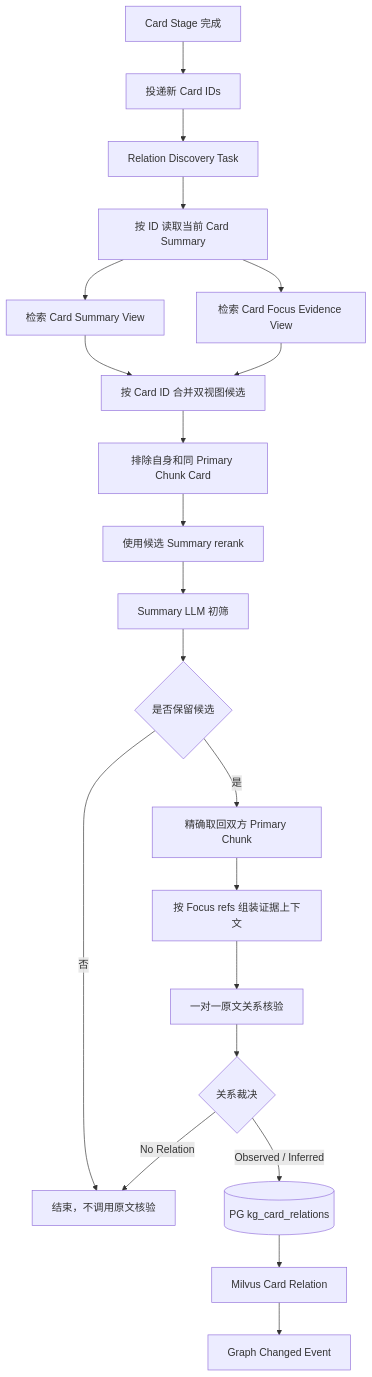
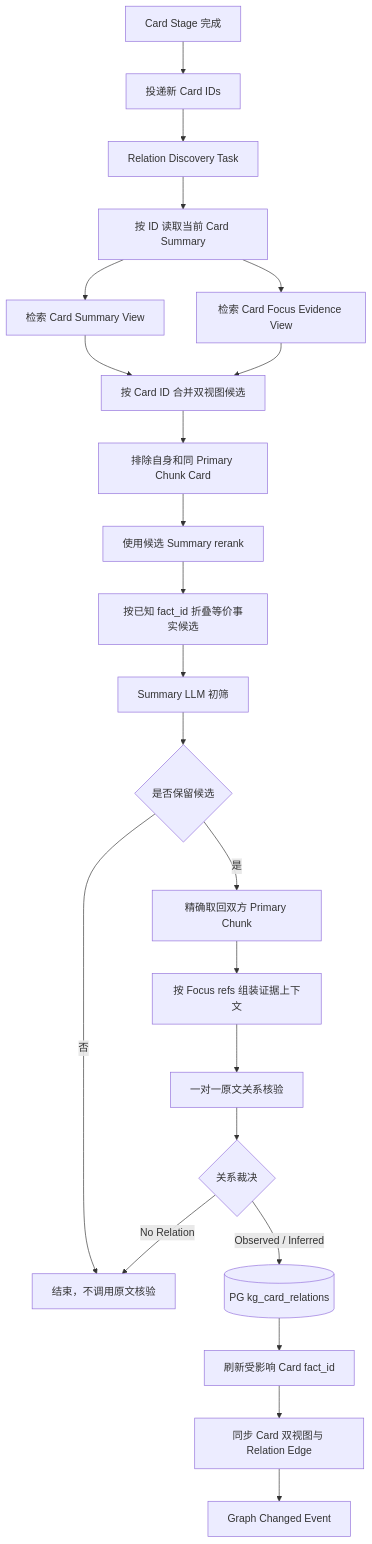
The diagram in .claude/skills/smart-fund-server/docs/3. 实施方案/4. 知识图谱/22. 跨Chunk Card召回与原文关系核验实施方案.md (qiyuebuku/frida-test), drawn with Mermaid before and after one commit. The commit also changed other lines of this file and 171 other files, not shown here.

````diff
--- a/.claude/skills/smart-fund-server/docs/3. 实施方案/4. 知识图谱/22. 跨Chunk Card召回与原文关系核验实施方案.md
+++ b/.claude/skills/smart-fund-server/docs/3. 实施方案/4. 知识图谱/22. 跨Chunk Card召回与原文关系核验实施方案.md
@@ -58,23 +60,25 @@
 ```mermaid
 flowchart TD
     A[Card Stage 完成] --> B[投递新 Card IDs]
     B --> C[Relation Discovery Task]
     C --> D[按 ID 读取当前 Card Summary]
     D --> E1[检索 Card Summary View]
     D --> E2[检索 Card Focus Evidence View]
     E1 --> F[按 Card ID 合并双视图候选]
     E2 --> F
     F --> G[排除自身和同 Primary Chunk Card]
     G --> H[使用候选 Summary rerank]
-    H --> I[Summary LLM 初筛]
+    H --> H2[按已知 fact_id 折叠等价事实候选]
+    H2 --> I[Summary LLM 初筛]
     I --> J{是否保留候选}
     J -- 否 --> K[结束，不调用原文核验]
     J -- 是 --> L[精确取回双方 Primary Chunk]
     L --> M[按 Focus refs 组装证据上下文]
     M --> N[一对一原文关系核验]
     N --> O{关系裁决}
     O -- No Relation --> K
     O -- Observed / Inferred --> P[(PG kg_card_relations)]
-    P --> Q[Milvus Card Relation]
+    P --> P2[刷新受影响 Card fact_id]
+    P2 --> Q[同步 Card 双视图与 Relation Edge]
     Q --> R[Graph Changed Event]
 ```
````
